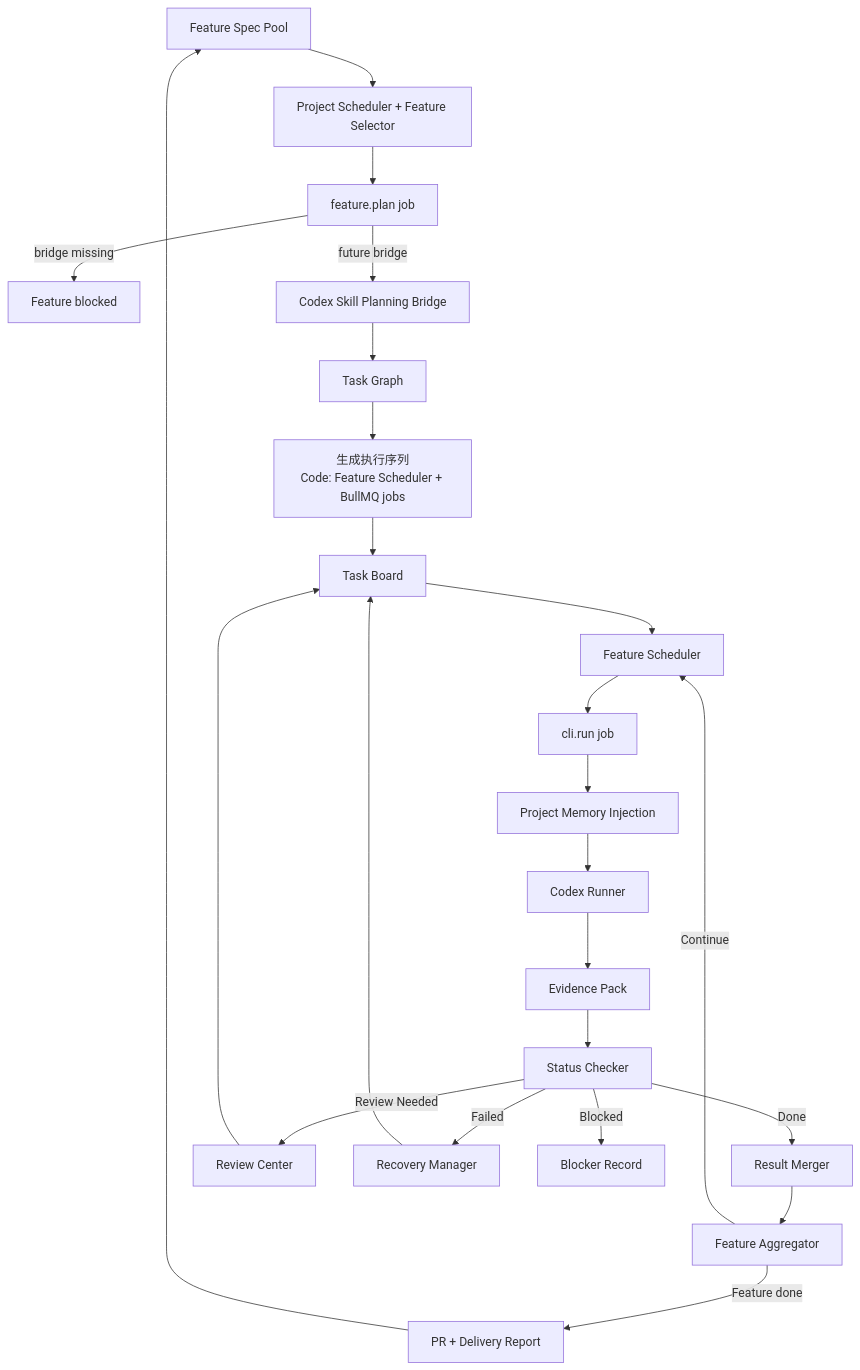
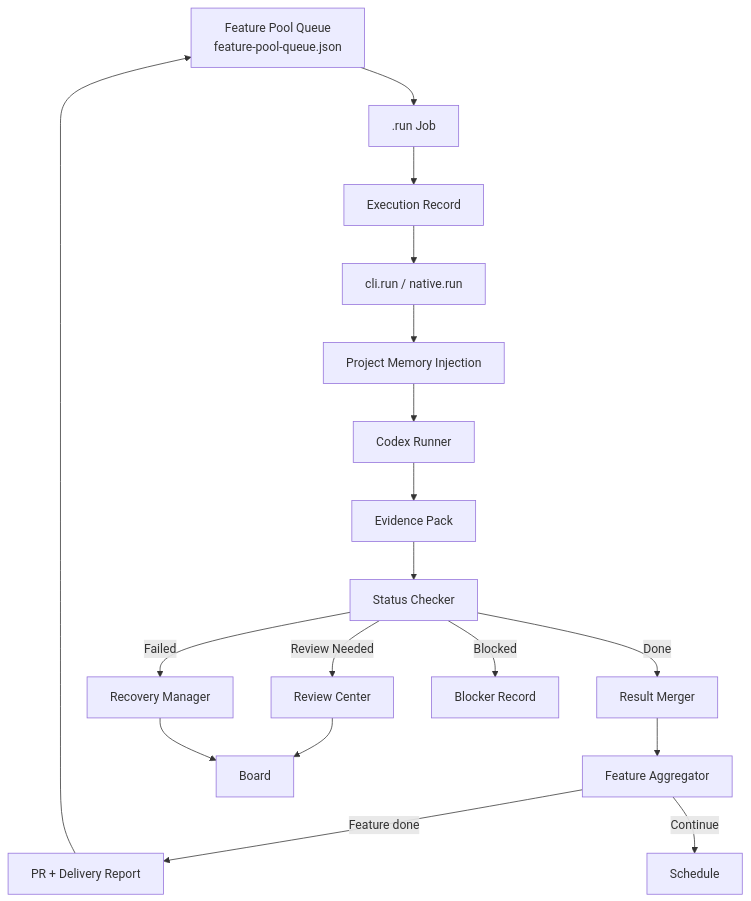
The fourth of 6 diagrams in docs/zh-CN/hld.md (songcojp/Spec-Driven-Autonomous-Coding-System), drawn with Mermaid before and after one commit. The commit also changed other lines of this file and 24 other files, not shown here.

Commit message:
feat(scheduler): align console with execution records

````diff
--- a/docs/zh-CN/hld.md
+++ b/docs/zh-CN/hld.md
@@ -522,26 +524,20 @@
 ```mermaid
 flowchart TD
-  Pool[Feature Spec Pool] --> Selector[Project Scheduler + Feature Selector]
-  Selector --> SchedulerJob[feature.plan job]
-  SchedulerJob -->|bridge missing| BlockedPlanning[Feature blocked]
-  SchedulerJob -->|future bridge| Planning[Codex Skill Planning Bridge]
-  Planning --> Graph[Task Graph]
-  Graph --> Seq[生成执行序列<br/>Code: Feature Scheduler + BullMQ jobs]
-  Seq --> Board[Task Board]
-  Board --> Schedule[Feature Scheduler]
-  Schedule --> CliJob[cli.run job]
+  Pool[Feature Pool Queue<br/>feature-pool-queue.json] --> SchedulerJob["<executor>.run Job"]
+  SchedulerJob --> ExecRecord[Execution Record]
+  ExecRecord --> CliJob[cli.run / native.run]
   CliJob --> Memory[Project Memory Injection]
   Memory --> Runner[Codex Runner]
   Runner --> Evidence[Evidence Pack]
   Evidence --> Check[Status Checker]
   Check -->|Done| Merge[Result Merger]
   Check -->|Review Needed| Review[Review Center]
   Check -->|Failed| Recovery[Recovery Manager]
   Check -->|Blocked| Blocked[Blocker Record]
   Merge --> Aggregate[Feature Aggregator]
   Review --> Board
   Recovery --> Board
   Aggregate -->|Feature done| Delivery[PR + Delivery Report]
   Aggregate -->|Continue| Schedule
   Delivery --> Pool
 ```
````
